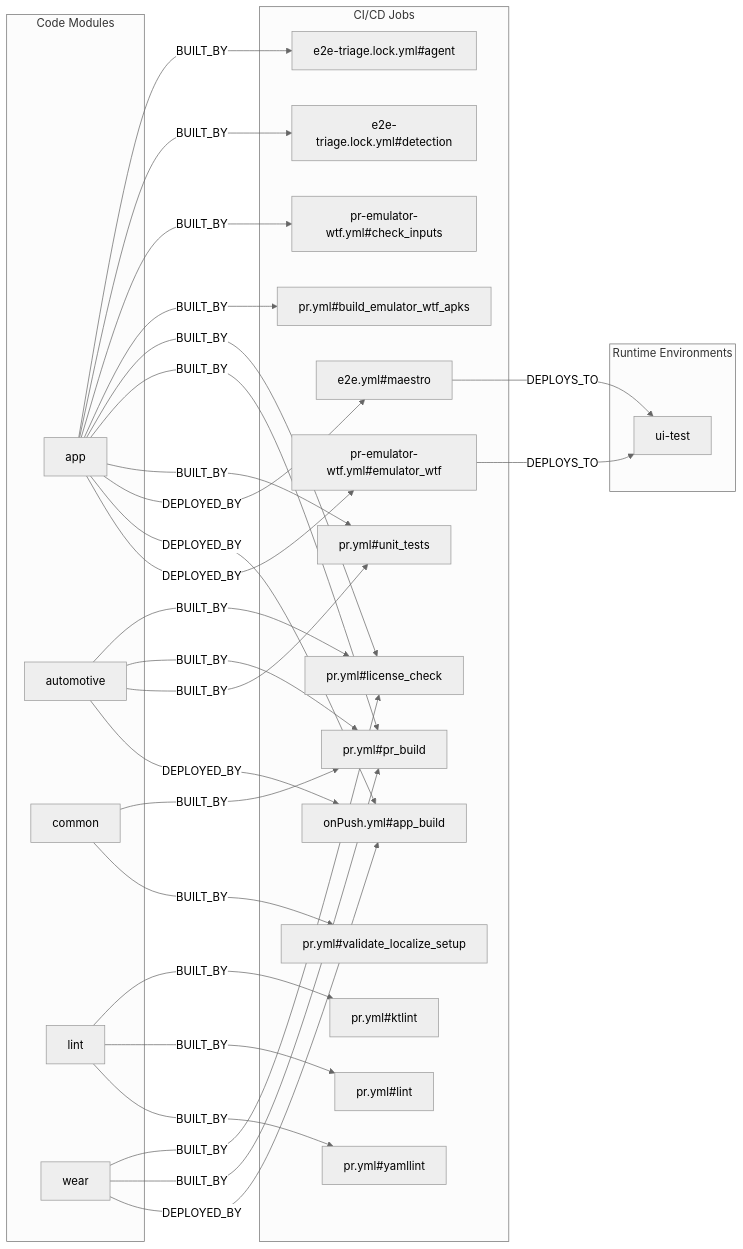
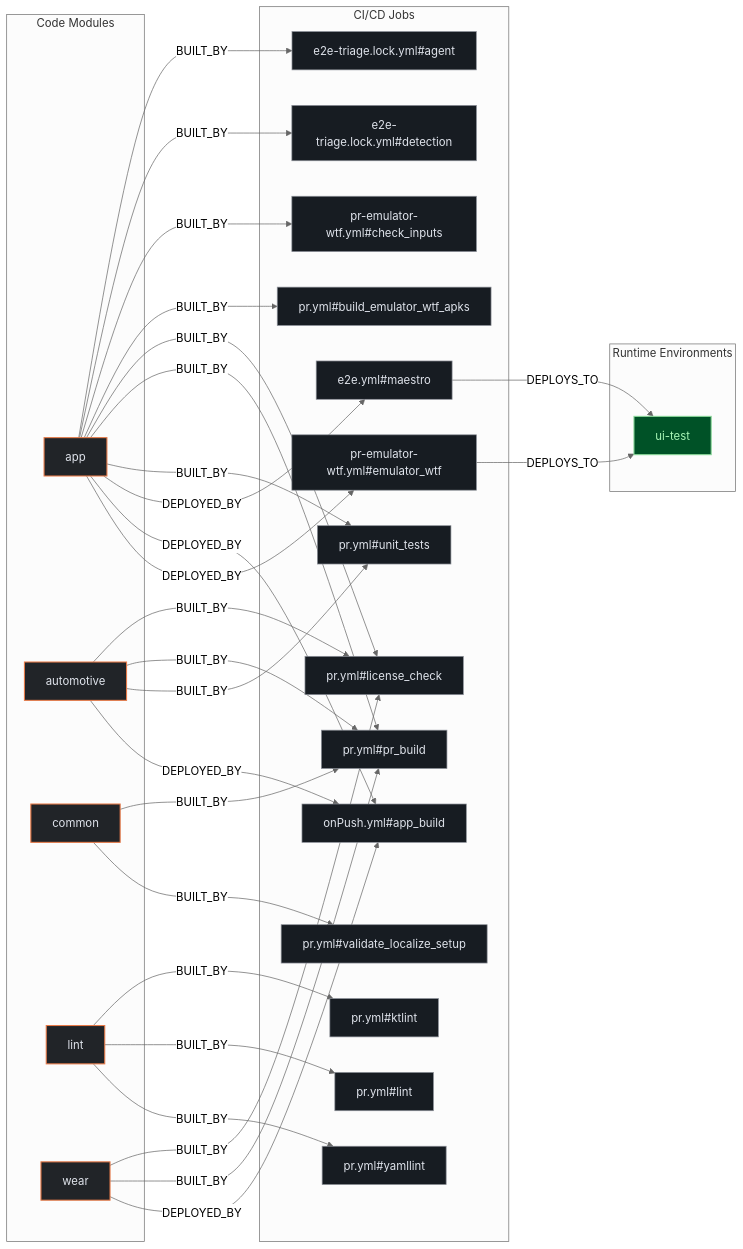
The second of 3 diagrams in exports/latest/reports/home-assistant-android-report.md (kumarshaz/atruss-code-atlas), drawn with Mermaid (neutral theme) before and after one commit. The commit also changed other lines of this file and 331 other files, not shown here.

Commit message:
docs,ui,fix: update SDLC docs, reorder CI/CD DAG first, stylize Mermaid, and fix Arc42 pipeline topology

````diff
--- a/exports/latest/reports/home-assistant-android-report.md
+++ b/exports/latest/reports/home-assistant-android-report.md
@@ -84,53 +91,57 @@
 ```mermaid
 flowchart LR
+    classDef atlasCategory fill:#212428,stroke:#E87A48,stroke-width:1.5px,color:#dfe3eb
+    classDef atlasWorkflow fill:#1b2026,stroke:#a3c9ff,stroke-width:1.5px,color:#dfe3eb
+    classDef atlasJob fill:#171c22,stroke:#8d9199,stroke-width:1px,color:#dfe3eb
+    classDef atlasTarget fill:#005227,stroke:#8bd99b,stroke-width:1.5px,color:#a7f6b6
     subgraph code_modules["Code Modules"]
-        mod_app["app"]
-        mod_automotive["automotive"]
-        mod_common["common"]
-        mod_lint["lint"]
-        mod_wear["wear"]
+        mod_app["app"]:::atlasCategory
+        mod_automotive["automotive"]:::atlasCategory
+        mod_common["common"]:::atlasCategory
+        mod_lint["lint"]:::atlasCategory
+        mod_wear["wear"]:::atlasCategory
     end
     subgraph ci_jobs["CI/CD Jobs"]
-        job_e2e_triage_lock_yml_agent["e2e-triage.lock.yml#agent"]
-        job_e2e_triage_lock_yml_detection["e2e-triage.lock.yml#detection"]
-        job_e2e_yml_maestro["e2e.yml#maestro"]
-        job_onPush_yml_app_build["onPush.yml#app_build"]
-        job_pr_emulator_wtf_yml_check_inputs["pr-emulator-wtf.yml#check_inputs"]
-        job_pr_emulator_wtf_yml_emulator_wtf["pr-emulator-wtf.yml#emulator_wtf"]
-        job_pr_yml_build_emulator_wtf_apks["pr.yml#build_emulator_wtf_apks"]
-        job_pr_yml_ktlint["pr.yml#ktlint"]
-        job_pr_yml_license_check["pr.yml#license_check"]
-        job_pr_yml_lint["pr.yml#lint"]
-        job_pr_yml_pr_build["pr.yml#pr_build"]
-        job_pr_yml_unit_tests["pr.yml#unit_tests"]
-        job_pr_yml_validate_localize_setup["pr.yml#validate_localize_setup"]
-        job_pr_yml_yamllint["pr.yml#yamllint"]
+        job_e2e_triage_lock_yml_agent["e2e-triage.lock.yml#agent"]:::atlasJob
+        job_e2e_triage_lock_yml_detection["e2e-triage.lock.yml#detection"]:::atlasJob
+        job_e2e_yml_maestro["e2e.yml#maestro"]:::atlasJob
+        job_onPush_yml_app_build["onPush.yml#app_build"]:::atlasJob
+        job_pr_emulator_wtf_yml_check_inputs["pr-emulator-wtf.yml#check_inputs"]:::atlasJob
+        job_pr_emulator_wtf_yml_emulator_wtf["pr-emulator-wtf.yml#emulator_wtf"]:::atlasJob
+        job_pr_yml_build_emulator_wtf_apks["pr.yml#build_emulator_wtf_apks"]:::atlasJob
+        job_pr_yml_ktlint["pr.yml#ktlint"]:::atlasJob
+        job_pr_yml_license_check["pr.yml#license_check"]:::atlasJob
+        job_pr_yml_lint["pr.yml#lint"]:::atlasJob
+        job_pr_yml_pr_build["pr.yml#pr_build"]:::atlasJob
+        job_pr_yml_unit_tests["pr.yml#unit_tests"]:::atlasJob
+        job_pr_yml_validate_localize_setup["pr.yml#validate_localize_setup"]:::atlasJob
+        job_pr_yml_yamllint["pr.yml#yamllint"]:::atlasJob
     end
     subgraph runtime_envs["Runtime Environments"]
-        env_ui_test["ui-test"]
+        env_ui_test["ui-test"]:::atlasTarget
     end
     job_e2e_yml_maestro -->|DEPLOYS_TO| env_ui_test
     job_pr_emulator_wtf_yml_emulator_wtf -->|DEPLOYS_TO| env_ui_test
     mod_app -->|BUILT_BY| job_e2e_triage_lock_yml_agent
     mod_app -->|BUILT_BY| job_e2e_triage_lock_yml_detection
     mod_app -->|BUILT_BY| job_pr_emulator_wtf_yml_check_inputs
     mod_app -->|BUILT_BY| job_pr_yml_build_emulator_wtf_apks
     mod_app -->|BUILT_BY| job_pr_yml_license_check
     mod_app -->|BUILT_BY| job_pr_yml_pr_build
     mod_app -->|BUILT_BY| job_pr_yml_unit_tests
     mod_app -->|DEPLOYED_BY| job_e2e_yml_maestro
     mod_app -->|DEPLOYED_BY| job_onPush_yml_app_build
     mod_app -->|DEPLOYED_BY| job_pr_emulator_wtf_yml_emulator_wtf
     mod_automotive -->|BUILT_BY| job_pr_yml_license_check
     mod_automotive -->|BUILT_BY| job_pr_yml_pr_build
     mod_automotive -->|BUILT_BY| job_pr_yml_unit_tests
     mod_automotive -->|DEPLOYED_BY| job_onPush_yml_app_build
     mod_common -->|BUILT_BY| job_pr_yml_pr_build
     mod_common -->|BUILT_BY| job_pr_yml_validate_localize_setup
     mod_lint -->|BUILT_BY| job_pr_yml_ktlint
     mod_lint -->|BUILT_BY| job_pr_yml_lint
     mod_lint -->|BUILT_BY| job_pr_yml_yamllint
     mod_wear -->|BUILT_BY| job_pr_yml_license_check
     mod_wear -->|BUILT_BY| job_pr_yml_pr_build
     mod_wear -->|DEPLOYED_BY| job_onPush_yml_app_build
 ```
````
